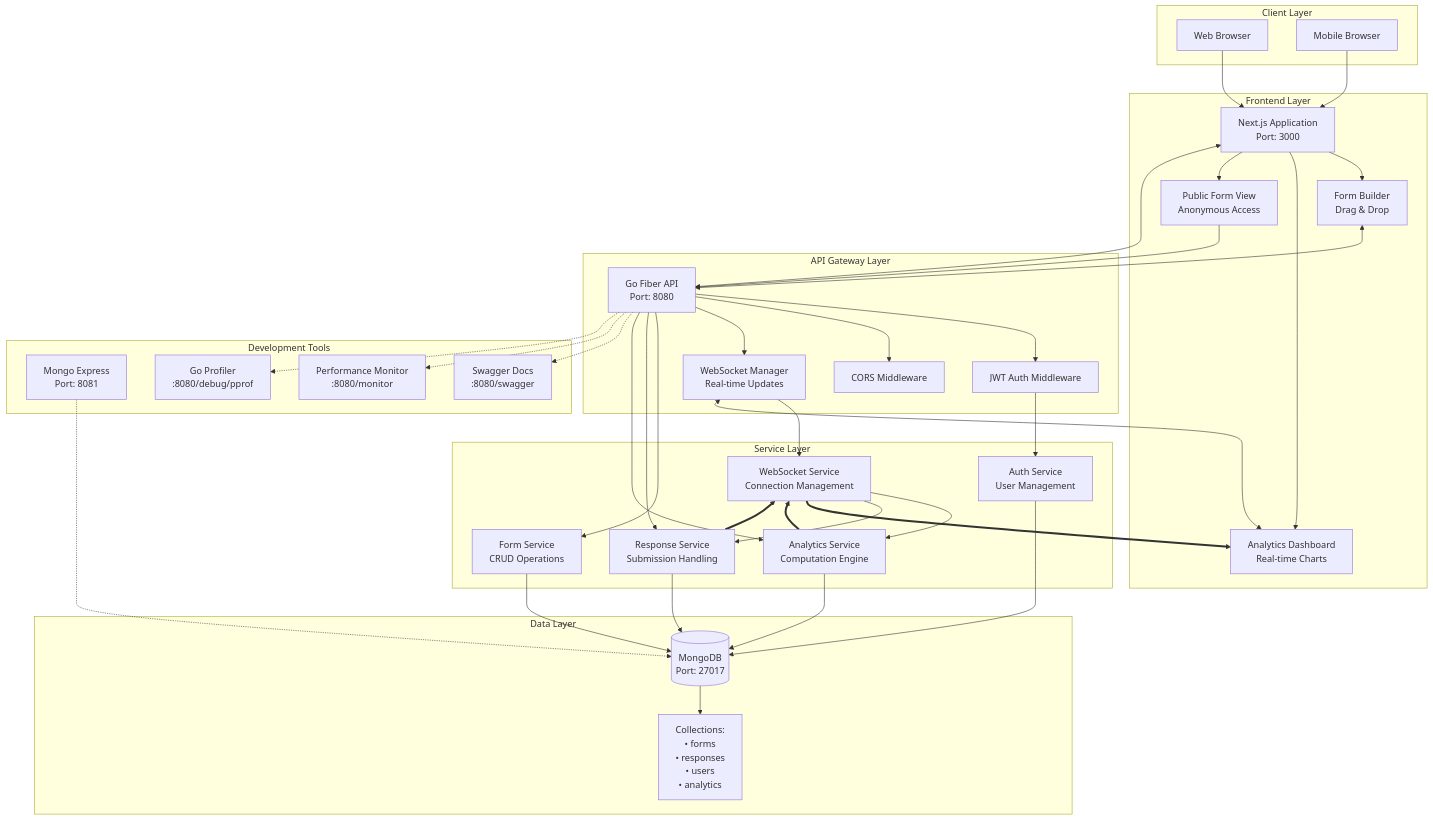
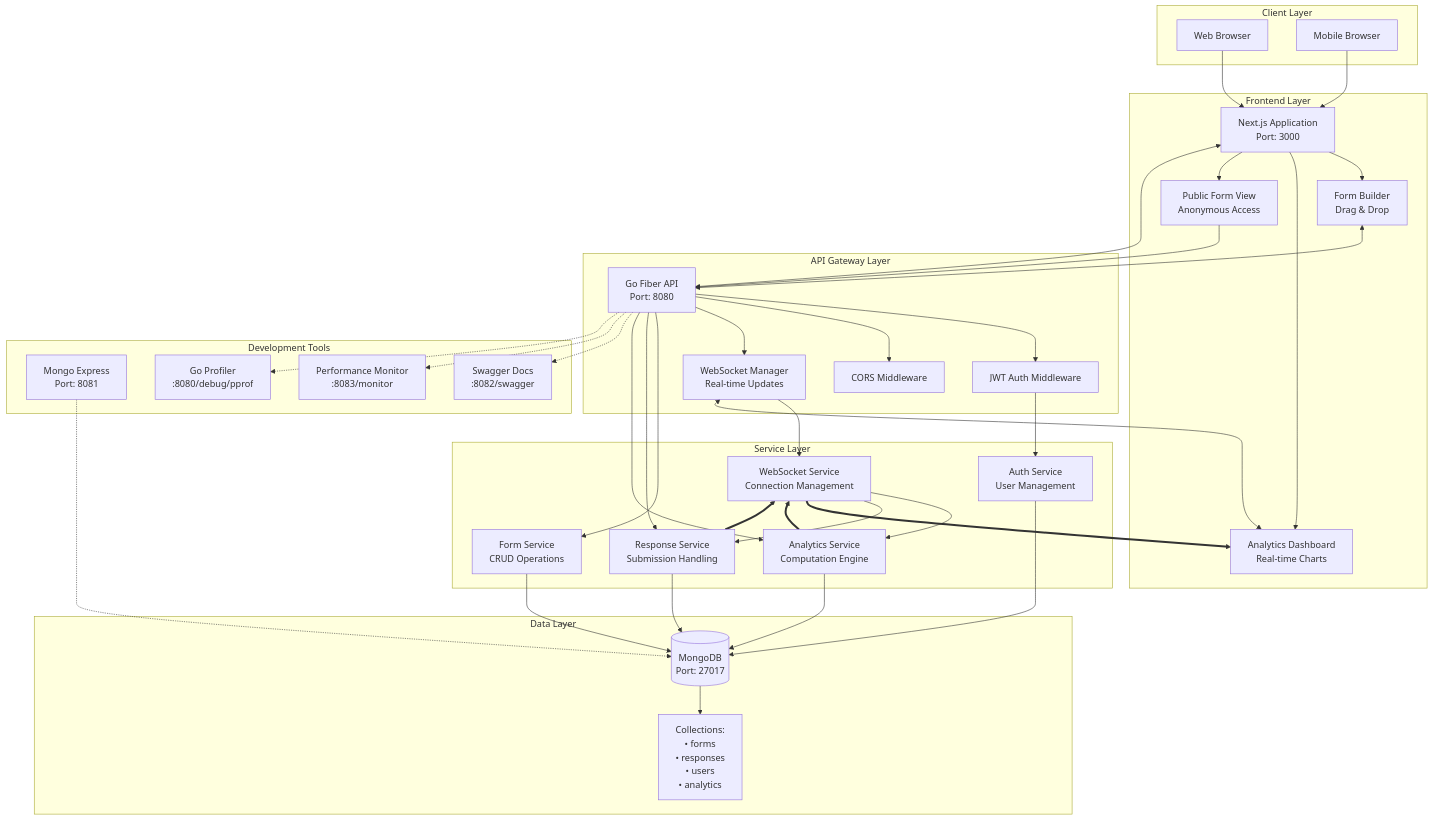
One commit to tabrezdn1/dune-form-analytics changed the diagram in docs/architecture/component-diagram.md. Above: the diagram before and after it, drawn with Mermaid. The commit also changed 7 other files, not shown here.

```diff
--- a/docs/architecture/component-diagram.md
+++ b/docs/architecture/component-diagram.md
@@ -42,8 +42,9 @@
     
     subgraph "Development Tools"
         mongoUI[Mongo Express<br/>Port: 8081]
-        swagger[Swagger Docs<br/>:8080/swagger]
-        monitor[Performance Monitor<br/>:8080/monitor]
+        swagger[Swagger Docs<br/>:8082/swagger]
+        monitor[Performance Monitor<br/>:8083/monitor]
+        profiler[Go Profiler<br/>:8084/debug/pprof]
         profiler[Go Profiler<br/>:8080/debug/pprof]
     end
     
```
